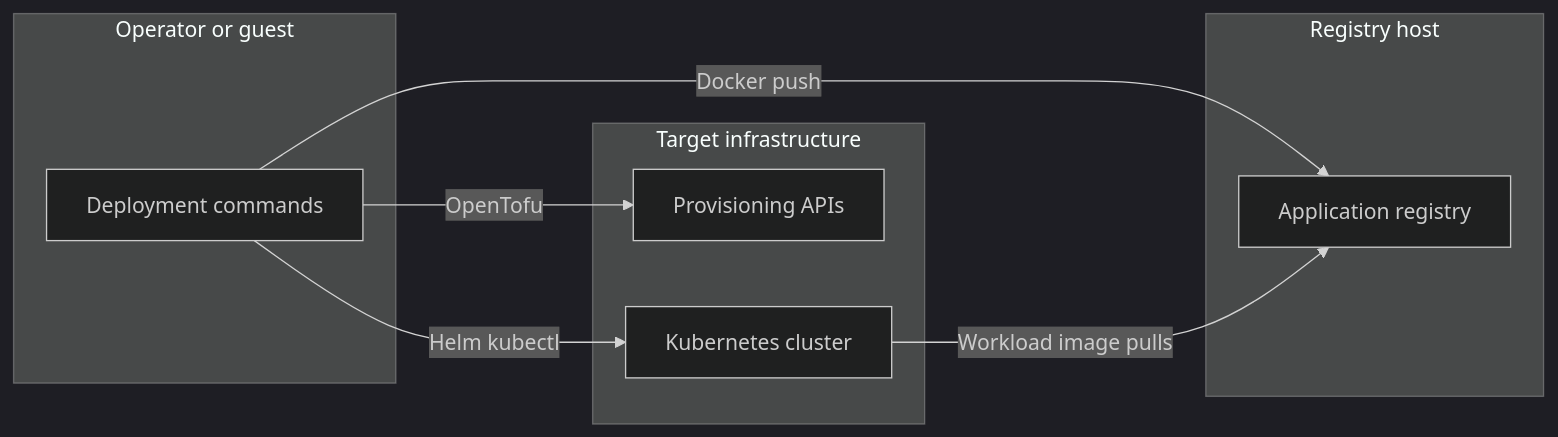
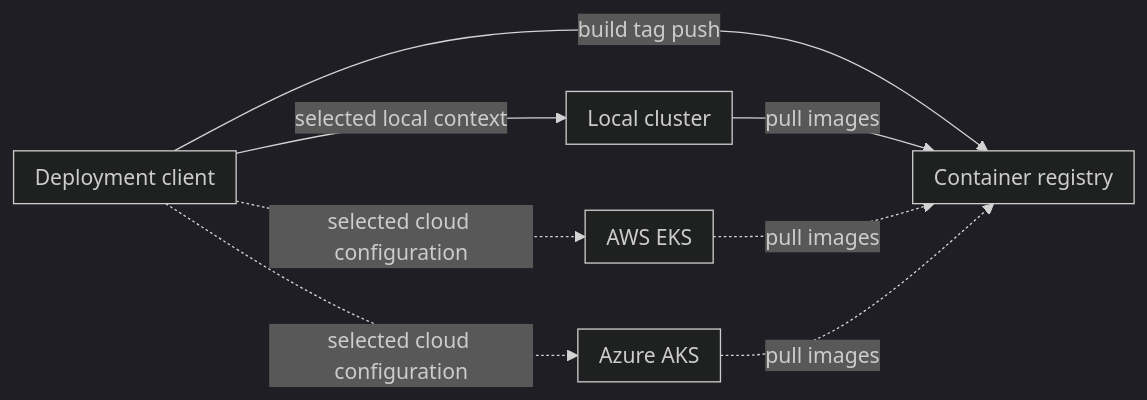
The fifth of 5 diagrams in docs/design/06-deployment.md (alissonsol/yuruna), drawn with Mermaid (dark theme) before and after one commit. The commit also changed other lines of this file and 1383 other files, not shown here.

````diff
--- a/docs/design/06-deployment.md
+++ b/docs/design/06-deployment.md
@@ -125,17 +193,21 @@
 ```mermaid
 flowchart LR
-    subgraph automation-host["Operator or guest"]
-        automation["Deployment commands"]
+    subgraph set-resource-ps1["Deployment client"]
     end
-    subgraph kubernetes-target["Target infrastructure"]
-        cloud-api["Provisioning APIs"]
-        kubernetes["Kubernetes cluster"]
+    subgraph localhost["Local cluster"]
     end
-    subgraph registry-host["Registry host"]
-        registry["Application registry"]
+    subgraph aws["AWS EKS"]
     end
-    automation -->|OpenTofu| cloud-api
-    automation -->|Docker push| registry
-    automation -->|Helm kubectl| kubernetes
-    kubernetes -->|Workload image pulls| registry
+    subgraph azure["Azure AKS"]
+    end
+    subgraph registry["Container registry"]
+    end
+    set-resource-ps1 -->|selected local context| localhost
+    %% optional: AWS and Azure are selected configuration alternatives.
+    set-resource-ps1 -.->|selected cloud configuration| aws
+    set-resource-ps1 -.->|selected cloud configuration| azure
+    set-resource-ps1 -->|build tag push| registry
+    localhost -->|pull images| registry
+    aws -.->|pull images| registry
+    azure -.->|pull images| registry
 ```
````
